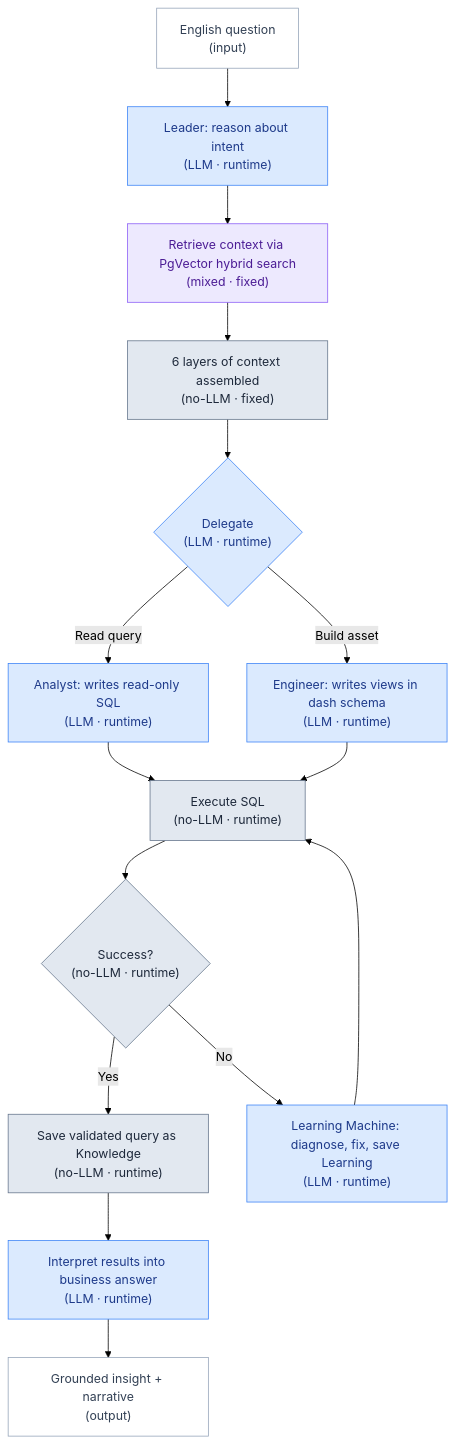
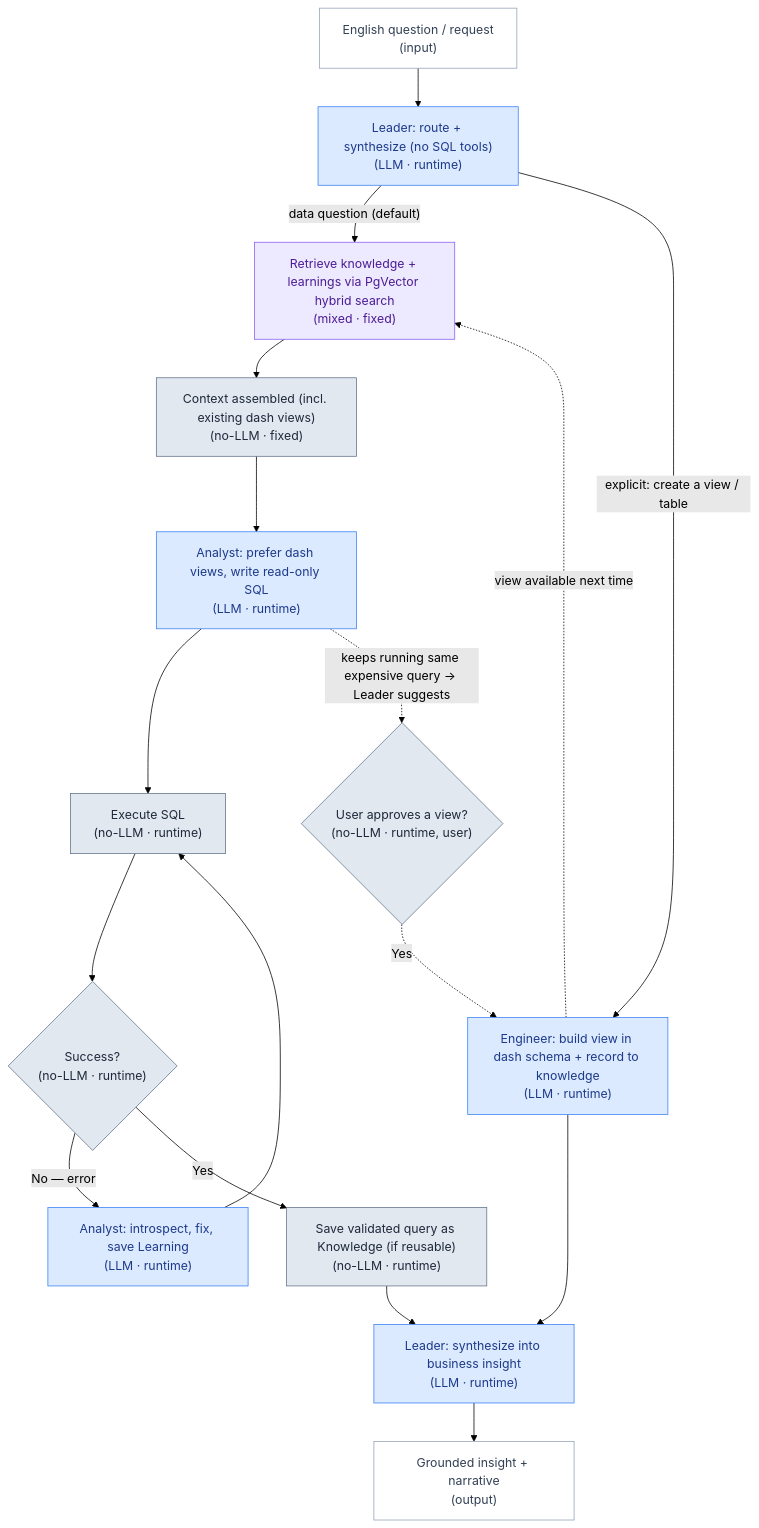
Before and after one commit to Mysterious-Owl/temp: the fourth of 7 diagrams in README.md, drawn with Mermaid (forest theme). The commit also changed other lines of this file, not shown here.

````diff
--- a/README.md
+++ b/README.md
@@ -193,25 +195,27 @@
 ```mermaid
 flowchart TD
-    U["English question<br/>(input)"] --> LEAD["Leader: reason about intent<br/>(LLM · runtime)"]
-    LEAD --> RET["Retrieve context via PgVector hybrid search<br/>(mixed · fixed)"]
-    RET --> CTX["6 layers of context assembled<br/>(no-LLM · fixed)"]
-    CTX --> DEL{"Delegate<br/>(LLM · runtime)"}
-    DEL -->|Read query| AN["Analyst: writes read-only SQL<br/>(LLM · runtime)"]
-    DEL -->|Build asset| EN["Engineer: writes views in dash schema<br/>(LLM · runtime)"]
+    U["English question / request<br/>(input)"] --> LEAD["Leader: route + synthesize (no SQL tools)<br/>(LLM · runtime)"]
+    LEAD -->|"data question (default)"| RET["Retrieve knowledge + learnings via PgVector hybrid search<br/>(mixed · fixed)"]
+    LEAD -->|"explicit: create a view / table"| EN["Engineer: build view in dash schema + record to knowledge<br/>(LLM · runtime)"]
+    RET --> CTX["Context assembled (incl. existing dash views)<br/>(no-LLM · fixed)"]
+    CTX --> AN["Analyst: prefer dash views, write read-only SQL<br/>(LLM · runtime)"]
     AN --> RUN["Execute SQL<br/>(no-LLM · runtime)"]
-    EN --> RUN
     RUN --> OK{"Success?<br/>(no-LLM · runtime)"}
-    OK -->|Yes| KN["Save validated query as Knowledge<br/>(no-LLM · runtime)"]
-    OK -->|No| LM["Learning Machine: diagnose, fix, save Learning<br/>(LLM · runtime)"]
+    OK -->|"No — error"| LM["Analyst: introspect, fix, save Learning<br/>(LLM · runtime)"]
     LM --> RUN
-    KN --> INT["Interpret results into business answer<br/>(LLM · runtime)"]
+    OK -->|Yes| KN["Save validated query as Knowledge (if reusable)<br/>(no-LLM · runtime)"]
+    KN --> INT["Leader: synthesize into business insight<br/>(LLM · runtime)"]
+    EN --> INT
     INT --> OUT["Grounded insight + narrative<br/>(output)"]
+    AN -.->|"keeps running same expensive query → Leader suggests"| SUG{"User approves a view?<br/>(no-LLM · runtime, user)"}
+    SUG -.->|Yes| EN
+    EN -.->|"view available next time"| RET
     classDef llm fill:#dbeafe,stroke:#3b82f6,color:#1e3a8a;
     classDef det fill:#e2e8f0,stroke:#64748b,color:#1e293b;
     classDef mixed fill:#ede9fe,stroke:#8b5cf6,color:#4c1d95;
     classDef io fill:#ffffff,stroke:#94a3b8,color:#334155;
     class U,OUT io;
-    class LEAD,DEL,AN,EN,LM,INT llm;
-    class CTX,RUN,OK,KN det;
+    class LEAD,EN,AN,LM,INT llm;
+    class CTX,RUN,OK,KN,SUG det;
     class RET mixed;
 ```
````
